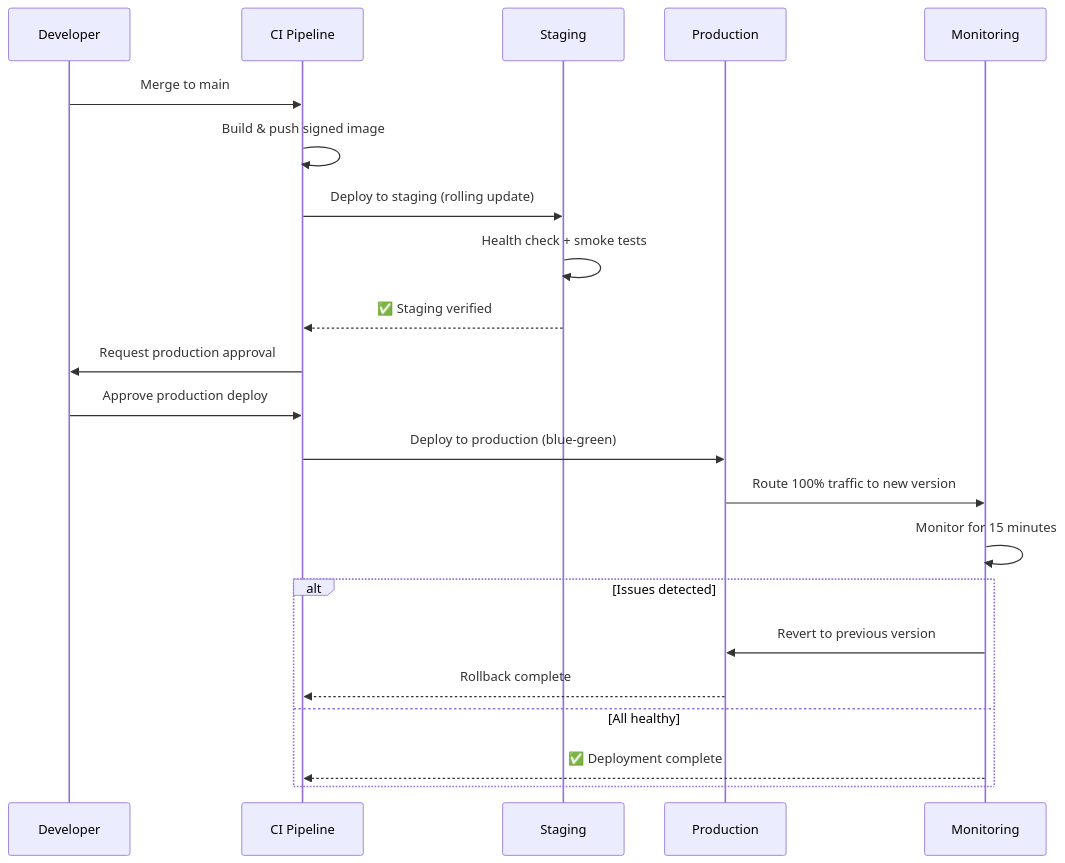
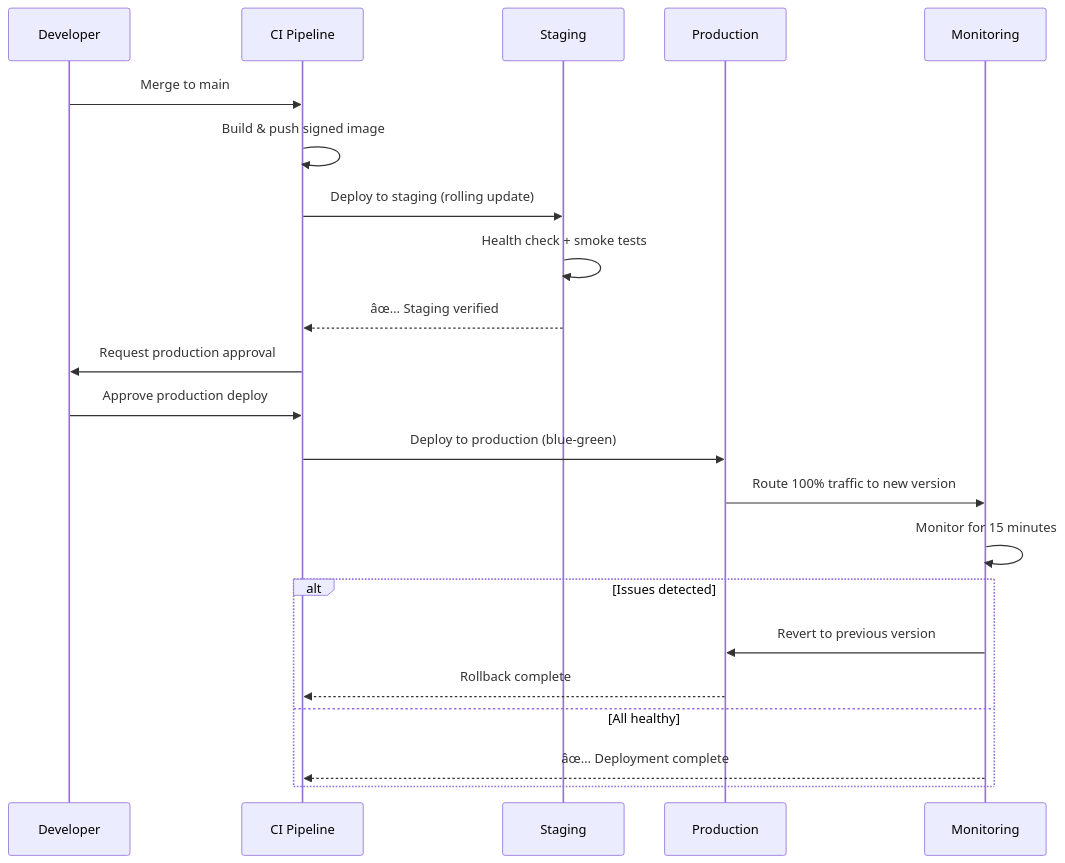
One commit to Driftloom/Vaeloom changed the third of 3 diagrams in Docs/DevOps/Deployment.md. Above: the diagram before and after it, drawn with Mermaid. The commit also changed other lines of this file and 249 other files, not shown here.

````diff
--- a/Docs/DevOps/Deployment.md
+++ b/Docs/DevOps/Deployment.md
@@ -395,27 +395,27 @@
 ```mermaid
 sequenceDiagram
     participant DEV as Developer
     participant CI as CI Pipeline
     participant STG as Staging
     participant PROD as Production
     participant MON as Monitoring
 
     DEV->>CI: Merge to main
     CI->>CI: Build & push signed image
     CI->>STG: Deploy to staging (rolling update)
     STG->>STG: Health check + smoke tests
-    STG-->>CI: ✅ Staging verified
+    STG-->>CI: âœ… Staging verified
 
     CI->>DEV: Request production approval
     DEV->>CI: Approve production deploy
 
     CI->>PROD: Deploy to production (blue-green)
     PROD->>MON: Route 100% traffic to new version
     MON->>MON: Monitor for 15 minutes
     alt Issues detected
         MON->>PROD: Revert to previous version
         PROD-->>CI: Rollback complete
     else All healthy
-        MON-->>CI: ✅ Deployment complete
+        MON-->>CI: âœ… Deployment complete
     end
 ```
````
